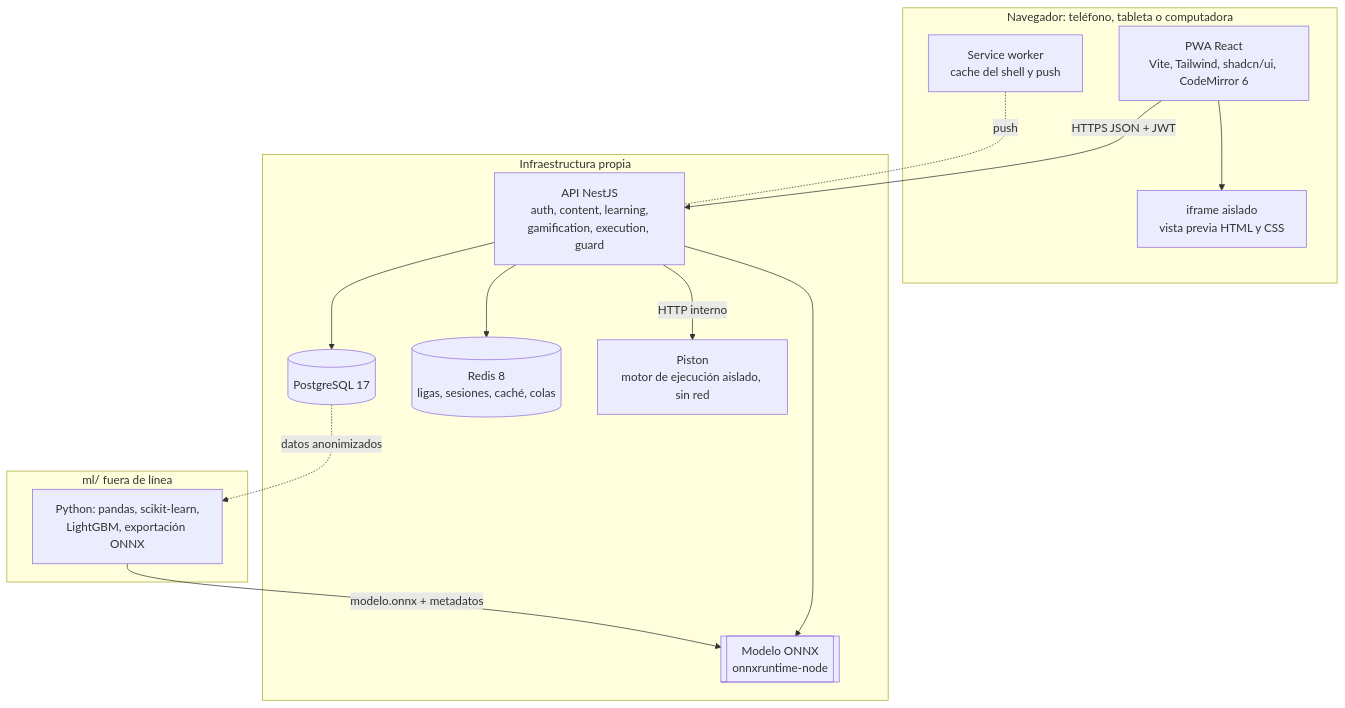
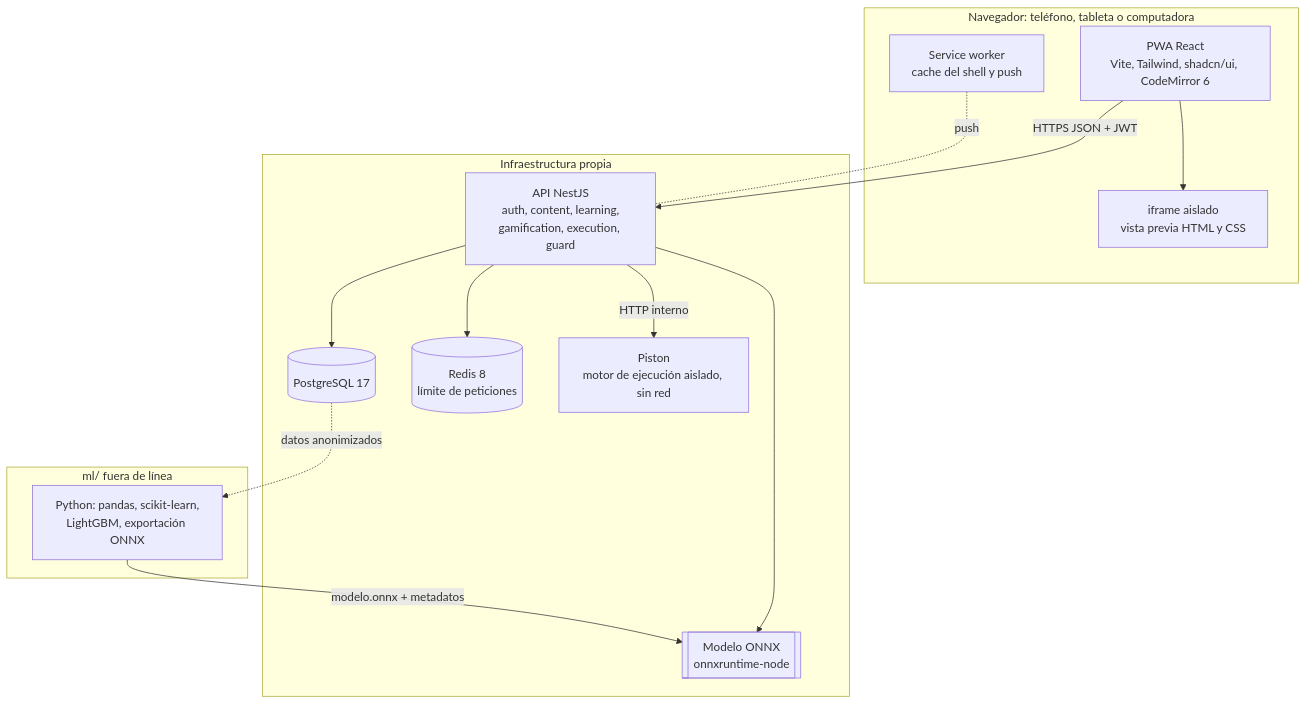
The diagram in README.md (Cesar010708/caso-runne), drawn with Mermaid before and after one commit. The commit also changed other lines of this file, not shown here.

Commit message:
Corrige el rol, el uso de Redis y dónde se ejecuta el código

````diff
--- a/README.md
+++ b/README.md
@@ -37,30 +37,30 @@
 ```mermaid
 flowchart TB
   subgraph navegador[Navegador: teléfono, tableta o computadora]
     pwa[PWA React<br/>Vite, Tailwind, shadcn/ui, CodeMirror 6]
     sw[Service worker<br/>cache del shell y push]
     iframe[iframe aislado<br/>vista previa HTML y CSS]
   end
 
   subgraph servidor[Infraestructura propia]
     api[API NestJS<br/>auth, content, learning,<br/>gamification, execution, guard]
     onnx[[Modelo ONNX<br/>onnxruntime-node]]
     pg[(PostgreSQL 17)]
-    redis[(Redis 8<br/>ligas, sesiones, caché, colas)]
+    redis[(Redis 8<br/>límite de peticiones)]
     piston[Piston<br/>motor de ejecución aislado, sin red]
   end
 
   subgraph ml[ml/ fuera de línea]
     entrenamiento[Python: pandas, scikit-learn,<br/>LightGBM, exportación ONNX]
   end
 
   pwa -- HTTPS JSON + JWT --> api
   pwa --> iframe
   sw -. push .- api
   api --> pg
   api --> redis
   api -- HTTP interno --> piston
   api --> onnx
   entrenamiento -- modelo.onnx + metadatos --> onnx
   pg -. datos anonimizados .-> entrenamiento
 ```
````
